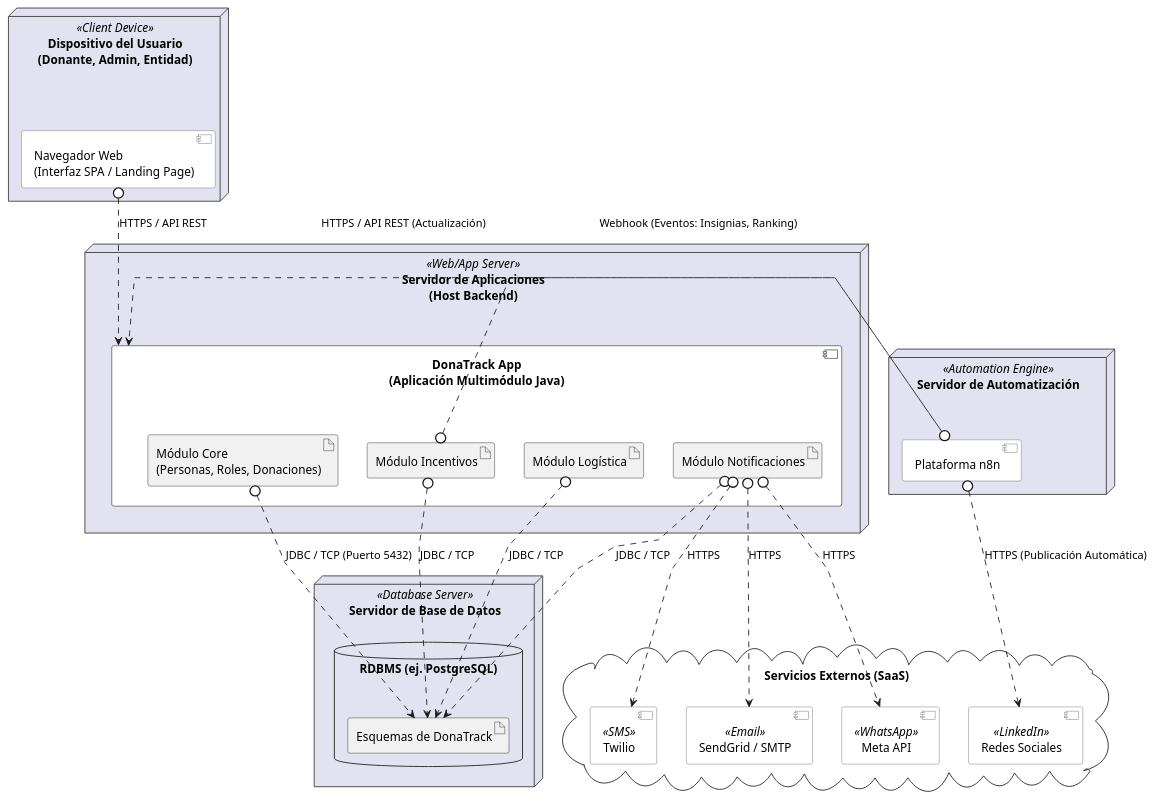
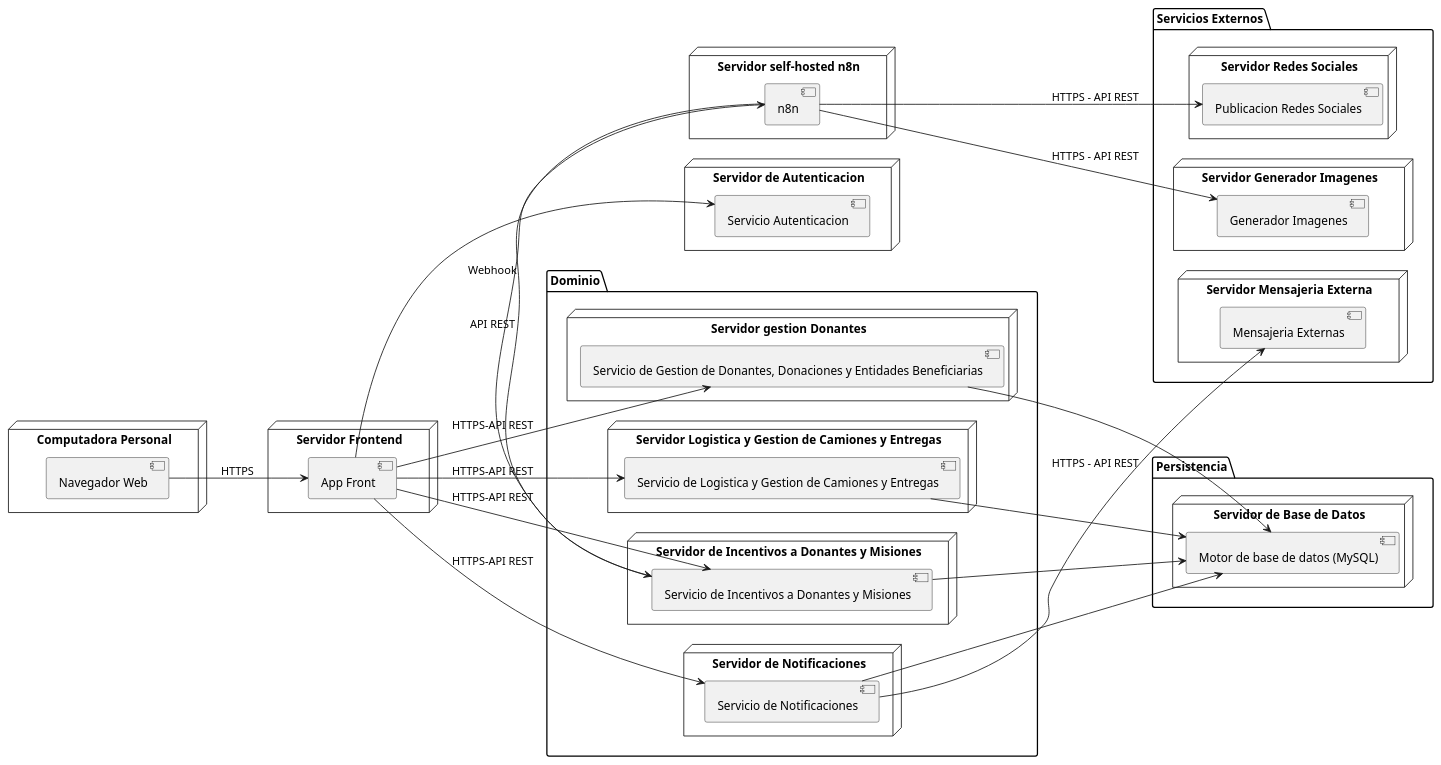
One commit to matefernandezcc/DonaTrack changed the diagram in diagramas/DonaTrack-Diagrama-Despliegue.puml. Above: the diagram before and after it, drawn with PlantUML.

Commit message:
Diagrama de despliegue

```diff
--- a/diagramas/DonaTrack-Diagrama-Despliegue.puml
+++ b/diagramas/DonaTrack-Diagrama-Despliegue.puml
@@ -1,62 +1,141 @@
 @startuml DonaTrack_Deployment
-skinparam node {
-    BackgroundColor #E2E2F0
-    BorderColor #333333
-}
-skinparam component {
-    BackgroundColor #FFFFFF
-    BorderColor #666666
-}
-skinparam linetype polyline
+' skinparam node {
+'     BackgroundColor #E2E2F0
+'     BorderColor #333333
+' }
+' skinparam component {
+'     BackgroundColor #FFFFFF
+'     BorderColor #666666
+' }
+' skinparam linetype polyline
 
-node "Dispositivo del Usuario\n(Donante, Admin, Entidad)" as Cliente <<Client Device>> {
-    component "Navegador Web\n(Interfaz SPA / Landing Page)" as Frontend
+' node "Dispositivo del Usuario\n(Donante, Admin, Entidad)" as Cliente <<Client Device>> {
+'     component "Navegador Web\n(Interfaz SPA / Landing Page)" as Frontend
+' }
+
+' node "Servidor de Aplicaciones\n(Host Backend)" as AppServer <<Web/App Server>> {
+'     component "DonaTrack App\n(Aplicación Multimódulo Java)" as Backend {
+'         artifact "Módulo Core\n(Personas, Roles, Donaciones)" as ModCore
+'         artifact "Módulo Incentivos" as ModIncentivos
+'         artifact "Módulo Logística" as ModLogistica
+'         artifact "Módulo Notificaciones" as ModNotificaciones
+'     }
+' }
+
+' node "Servidor de Automatización" as n8nServer <<Automation Engine>> {
+'     component "Plataforma n8n" as n8n
+' }
+
+' node "Servidor de Base de Datos" as DBServer <<Database Server>> {
+'     database "RDBMS (ej. PostgreSQL)" as DB {
+'         artifact "Esquemas de DonaTrack" as Schemas
+'     }
+' }
+
+' cloud "Servicios Externos (SaaS)" as CloudSaaS {
+'     component "Twilio" as API_SMS <<SMS>>
+'     component "SendGrid / SMTP" as API_Email <<Email>>
+'     component "Meta API" as API_WA <<WhatsApp>>
+'     component "Redes Sociales" as API_Social <<LinkedIn>>
+' }
+
+' ' --- Conexiones y Protocolos ---
+
+' Frontend 0..> Backend : "HTTPS / API REST"
+
+' ' Conexiones a Base de Datos
+' ModCore 0..> Schemas : "JDBC / TCP (Puerto 5432)"
+' ModIncentivos 0..> Schemas : "JDBC / TCP"
+' ModLogistica 0..> Schemas : "JDBC / TCP"
+' ModNotificaciones 0..> Schemas : "JDBC / TCP"
+
+' ' Integraciones Externas (Notificaciones)
+' ModNotificaciones 0..> API_SMS : "HTTPS"
+' ModNotificaciones 0..> API_Email : "HTTPS"
+' ModNotificaciones 0..> API_WA : "HTTPS"
+
+' ' Integración con n8n (Incentivos)
+' ModIncentivos 0..> n8n : "Webhook (Eventos: Insignias, Ranking)"
+' n8n 0..> API_Social : "HTTPS (Publicación Automática)"
+' n8n 0..> Backend : "HTTPS / API REST (Actualización)"
+
+
+left to right direction
+
+node "Servidor Frontend"{
+    [App Front]
 }
 
-node "Servidor de Aplicaciones\n(Host Backend)" as AppServer <<Web/App Server>> {
-    component "DonaTrack App\n(Aplicación Multimódulo Java)" as Backend {
-        artifact "Módulo Core\n(Personas, Roles, Donaciones)" as ModCore
-        artifact "Módulo Incentivos" as ModIncentivos
-        artifact "Módulo Logística" as ModLogistica
-        artifact "Módulo Notificaciones" as ModNotificaciones
+node "Computadora Personal"{
+    [Navegador Web]
+}
+
+
+node "Servidor de Autenticacion"{
+    [Servicio Autenticacion]
+}
+
+node "Servidor self-hosted n8n"{
+    [n8n]
+}
+
+package Dominio{
+    node "Servidor gestion Donantes"{
+        [Servicio de Gestion de Donantes, Donaciones y Entidades Beneficiarias]
+    }
+    node "Servidor Logistica y Gestion de Camiones y Entregas"{
+        [Servicio de Logistica y Gestion de Camiones y Entregas]
+    }
+    node "Servidor de Incentivos a Donantes y Misiones"{
+        [Servicio de Incentivos a Donantes y Misiones]
+    }
+    node "Servidor de Notificaciones"{
+        [Servicio de Notificaciones]
     }
 }
 
-node "Servidor de Automatización" as n8nServer <<Automation Engine>> {
-    component "Plataforma n8n" as n8n
-}
-
-node "Servidor de Base de Datos" as DBServer <<Database Server>> {
-    database "RDBMS (ej. PostgreSQL)" as DB {
-        artifact "Esquemas de DonaTrack" as Schemas
+package Persistencia{
+    node "Servidor de Base de Datos"{
+        [Motor de base de datos (MySQL)]
     }
 }
 
-cloud "Servicios Externos (SaaS)" as CloudSaaS {
-    component "Twilio" as API_SMS <<SMS>>
-    component "SendGrid / SMTP" as API_Email <<Email>>
-    component "Meta API" as API_WA <<WhatsApp>>
-    component "Redes Sociales" as API_Social <<LinkedIn>>
+package "Servicios Externos"{
+    node "Servidor Mensajeria Externa"{
+        [Mensajeria Externas]
+    }
+    node "Servidor Redes Sociales"{
+        [Publicacion Redes Sociales]
+    }
+    node "Servidor Generador Imagenes"{
+        [Generador Imagenes]
+    }
+
 }
 
-' --- Conexiones y Protocolos ---
 
-Frontend 0..> Backend : "HTTPS / API REST"
+' CONEXIONES
+[Navegador Web] --> [App Front] : HTTPS
+[App Front] --> [Servicio Autenticacion]
+[App Front] --> [Servicio de Gestion de Donantes, Donaciones y Entidades Beneficiarias] : HTTPS-API REST
+[App Front] --> [Servicio de Logistica y Gestion de Camiones y Entregas] : HTTPS-API REST
+[App Front] --> [Servicio de Incentivos a Donantes y Misiones] : HTTPS-API REST
+[App Front] --> [Servicio de Notificaciones] : HTTPS-API REST
+[Servicio de Gestion de Donantes, Donaciones y Entidades Beneficiarias] --> [Motor de base de datos (MySQL)]
+[Servicio de Logistica y Gestion de Camiones y Entregas] --> [Motor de base de datos (MySQL)]
+[Servicio de Incentivos a Donantes y Misiones] --> [Motor de base de datos (MySQL)]
+[Servicio de Notificaciones] --> [Motor de base de datos (MySQL)]
 
-' Conexiones a Base de Datos
-ModCore 0..> Schemas : "JDBC / TCP (Puerto 5432)"
-ModIncentivos 0..> Schemas : "JDBC / TCP"
-ModLogistica 0..> Schemas : "JDBC / TCP"
-ModNotificaciones 0..> Schemas : "JDBC / TCP"
+[Servicio de Incentivos a Donantes y Misiones] --> [n8n] : Webhook
+[n8n] --> [Servicio de Incentivos a Donantes y Misiones] : API REST
+[n8n] --> [Publicacion Redes Sociales] : HTTPS - API REST
+[n8n] --> [Generador Imagenes] : HTTPS - API REST
+[Servicio de Notificaciones] --> [Mensajeria Externas] : HTTPS - API REST
 
-' Integraciones Externas (Notificaciones)
-ModNotificaciones 0..> API_SMS : "HTTPS"
-ModNotificaciones 0..> API_Email : "HTTPS"
-ModNotificaciones 0..> API_WA : "HTTPS"
+' API GATEWAY ENTRE FRONT Y BACK'
+' API ENTRE BACK Y BD ¿?'
+' Conexiones entre servicios -> Usan el gateway o se relacionan entre si'
+' Servicios externes desde n8n'
 
-' Integración con n8n (Incentivos)
-ModIncentivos 0..> n8n : "Webhook (Eventos: Insignias, Ranking)"
-n8n 0..> API_Social : "HTTPS (Publicación Automática)"
-n8n 0..> Backend : "HTTPS / API REST (Actualización)"
 
 @enduml
```
